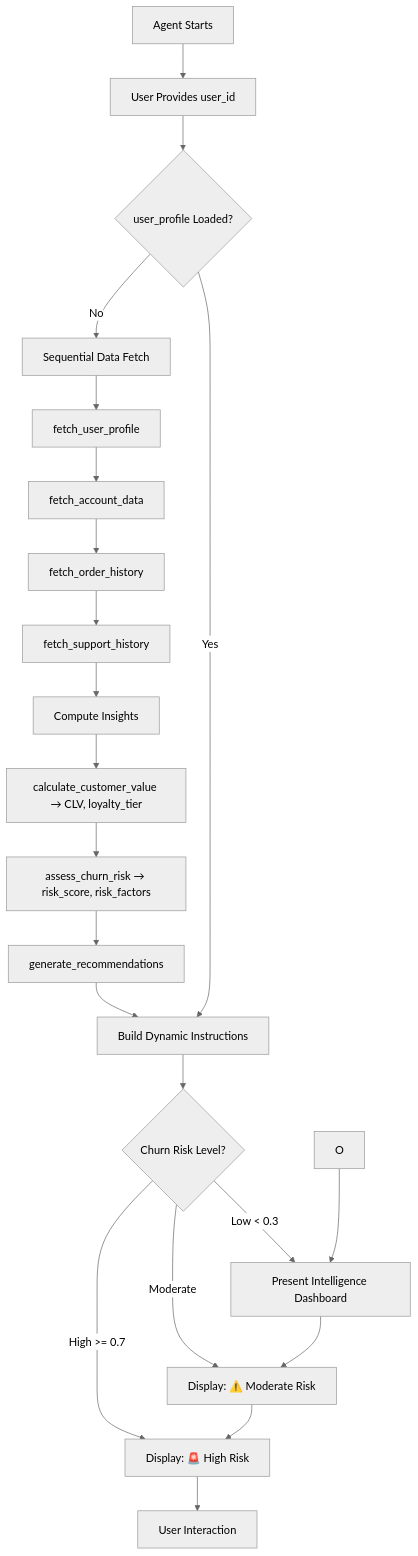
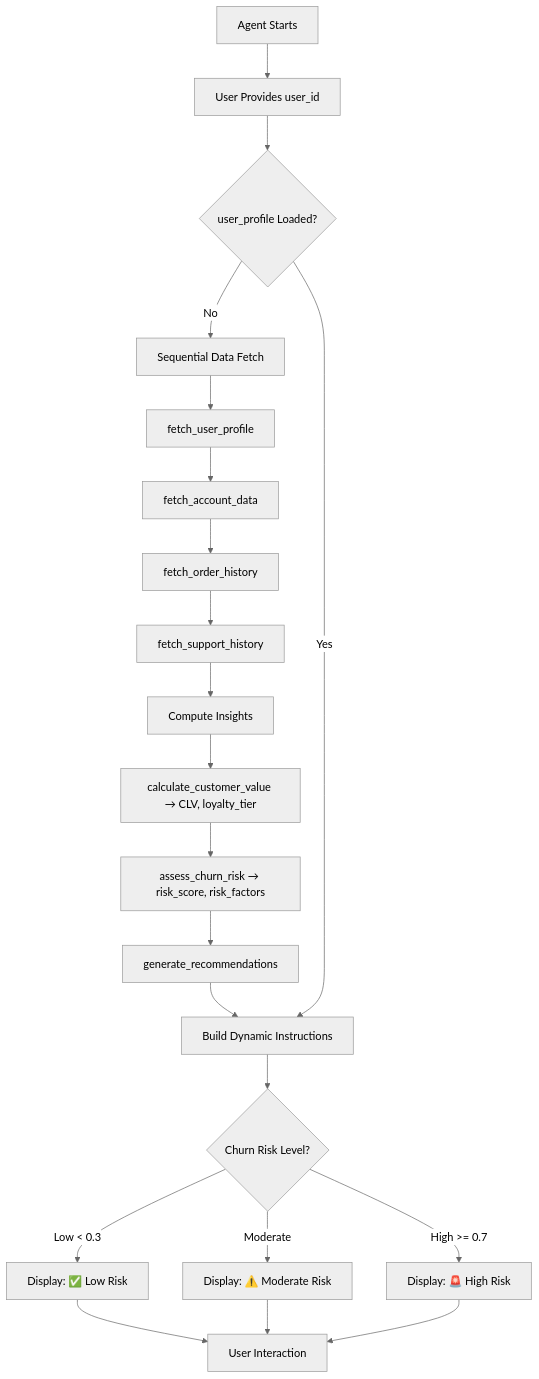
The diagram in force-app/main/04_architecturalPatterns/advancedReasoningPatterns/README.md (YashwanthRao95/agent-script-recipes), drawn with Mermaid before and after one commit. The commit also changed other lines of this file and 13 other files, not shown here.

````diff
--- a/force-app/main/04_architecturalPatterns/advancedReasoningPatterns/README.md
+++ b/force-app/main/04_architecturalPatterns/advancedReasoningPatterns/README.md
@@ -9,25 +9,24 @@
 ```mermaid
 %%{init: {'theme':'neutral'}}%%
 graph TD
     A[Agent Starts] --> B[User Provides user_id]
     B --> C{user_profile Loaded?}
     C -->|No| D[Sequential Data Fetch]
     D --> E[fetch_user_profile]
     E --> F[fetch_account_data]
     F --> G[fetch_order_history]
     G --> H[fetch_support_history]
     H --> I[Compute Insights]
     I --> J[calculate_customer_value → CLV, loyalty_tier]
     J --> K[assess_churn_risk → risk_score, risk_factors]
     K --> L[generate_recommendations]
     L --> M[Build Dynamic Instructions]
     C -->|Yes| M
     M --> N{Churn Risk Level?}
     N -->|Low < 0.3| P[Display: ✅ Low Risk]
     N -->|Moderate| Q[Display: ⚠️ Moderate Risk]
     N -->|High >= 0.7| R[Display: 🚨 High Risk]
-    O --> P[Present Intelligence Dashboard]
-    P --> Q
-    Q --> R
-    R --> S[User Interaction]
+    P --> S[User Interaction]
+    Q --> S
+    R --> S
 ```
````
